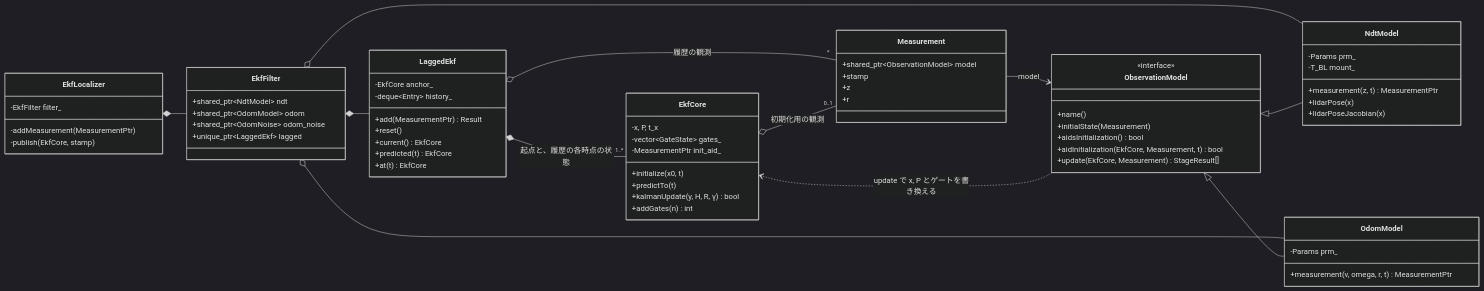
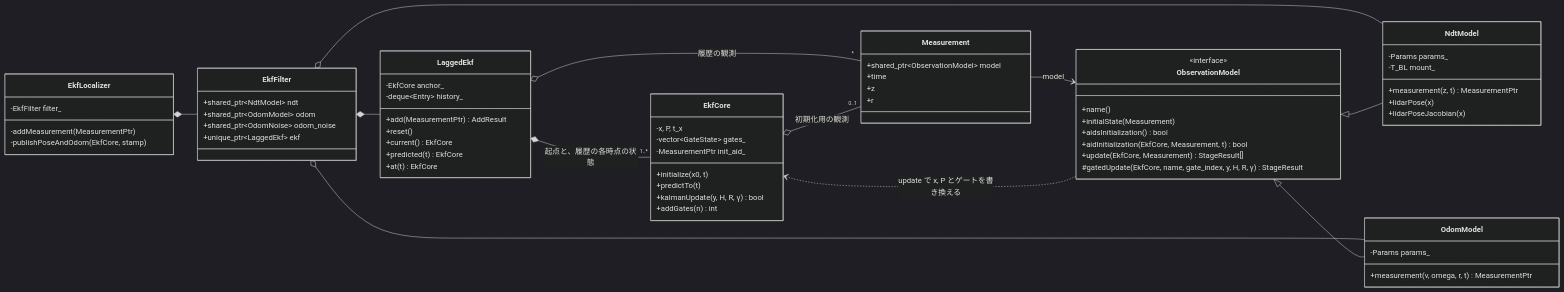
The second of 5 diagrams in docs/ekf_flow.md (MaeharaTakumi/ekf_localizer), drawn with Mermaid (dark theme) before and after one commit. The commit also changed other lines of this file and 26 other files, not shown here.

````diff
--- a/docs/ekf_flow.md
+++ b/docs/ekf_flow.md
@@ -43,71 +48,72 @@
 ```mermaid
 classDiagram
   direction LR
 
   class EkfLocalizer {
     -EkfFilter filter_
     -addMeasurement(MeasurementPtr)
-    -publish(EkfCore, stamp)
+    -publishPoseAndOdom(EkfCore, stamp)
   }
   class EkfFilter {
     +shared_ptr~NdtModel~ ndt
     +shared_ptr~OdomModel~ odom
     +shared_ptr~OdomNoise~ odom_noise
-    +unique_ptr~LaggedEkf~ lagged
+    +unique_ptr~LaggedEkf~ ekf
   }
   class LaggedEkf {
     -EkfCore anchor_
     -deque~Entry~ history_
-    +add(MeasurementPtr) Result
+    +add(MeasurementPtr) AddResult
     +reset()
     +current() EkfCore
     +predicted(t) EkfCore
     +at(t) EkfCore
   }
   class EkfCore {
     -x, P, t_x
     -vector~GateState~ gates_
     -MeasurementPtr init_aid_
     +initialize(x0, t)
     +predictTo(t)
     +kalmanUpdate(y, H, R, γ) bool
     +addGates(n) int
   }
   class Measurement {
     +shared_ptr~ObservationModel~ model
-    +stamp
+    +time
     +z
     +r
   }
   class ObservationModel {
     <<interface>>
     +name()
     +initialState(Measurement)
     +aidsInitialization() bool
     +aidInitialization(EkfCore, Measurement, t) bool
     +update(EkfCore, Measurement) StageResult[]
+    #gatedUpdate(EkfCore, name, gate_index, y, H, R, γ) StageResult
   }
   class NdtModel {
-    -Params prm_
+    -Params params_
     -T_BL mount_
     +measurement(z, t) MeasurementPtr
     +lidarPose(x)
     +lidarPoseJacobian(x)
   }
   class OdomModel {
-    -Params prm_
+    -Params params_
     +measurement(v, omega, r, t) MeasurementPtr
   }
 
   EkfLocalizer *-- EkfFilter
   EkfFilter *-- LaggedEkf
   EkfFilter o-- NdtModel
   EkfFilter o-- OdomModel
   LaggedEkf *-- "1..*" EkfCore : 起点と、履歴の各時点の状態
   LaggedEkf o-- "*" Measurement : 履歴の観測
   EkfCore o-- "0..1" Measurement : 初期化用の観測
   Measurement --> ObservationModel : model
   ObservationModel <|-- NdtModel
   ObservationModel <|-- OdomModel
   ObservationModel ..> EkfCore : update で x, P とゲートを書き換える
 ```
````
